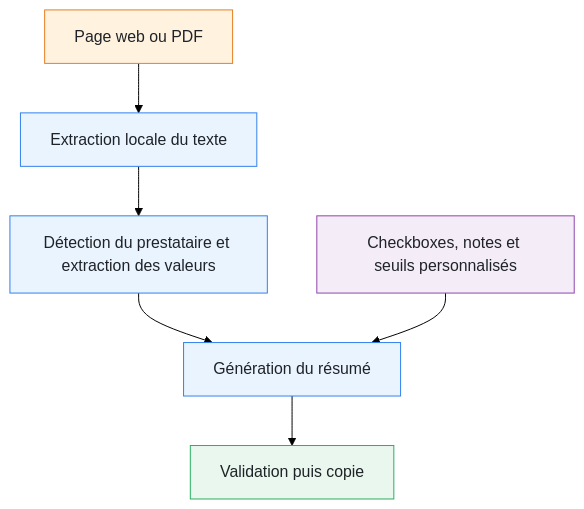
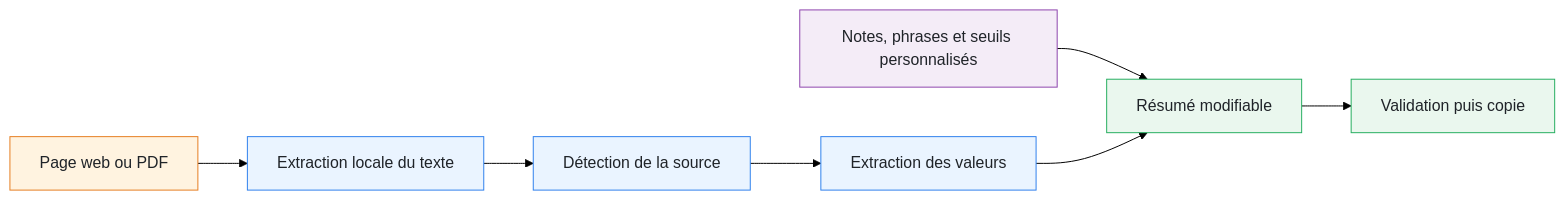
The diagram in README.md (molipoli-blip/flashcpap), drawn with Mermaid (forest theme) before and after one commit. The commit also changed other lines of this file and 1 other file, not shown here.

````diff
--- a/README.md
+++ b/README.md
@@ -55,18 +288,19 @@
 ```mermaid
-flowchart TD
+flowchart LR
     A[Page web ou PDF] --> B[Extraction locale du texte]
-    B --> C[Détection du prestataire et extraction des valeurs]
-    C --> D[Génération du résumé]
-    E[Checkboxes, notes et seuils personnalisés] --> D
-    D --> F[Validation puis copie]
+    B --> C[Détection de la source]
+    C --> D[Extraction des valeurs]
+    E[Notes, phrases et seuils personnalisés] --> F[Résumé modifiable]
+    D --> F
+    F --> G[Validation puis copie]
 
     classDef source fill:#FFF3E0,stroke:#E67E22,color:#1F2328
     classDef process fill:#EAF4FF,stroke:#2F80ED,color:#1F2328
     classDef custom fill:#F4ECF7,stroke:#8E44AD,color:#1F2328
     classDef validation fill:#EAF7EE,stroke:#27AE60,color:#1F2328
 
     class A source
     class B,C,D process
     class E custom
-    class F validation
+    class F,G validation
 ```
````
